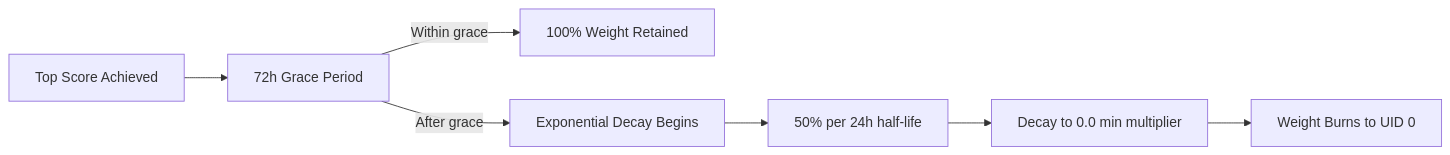
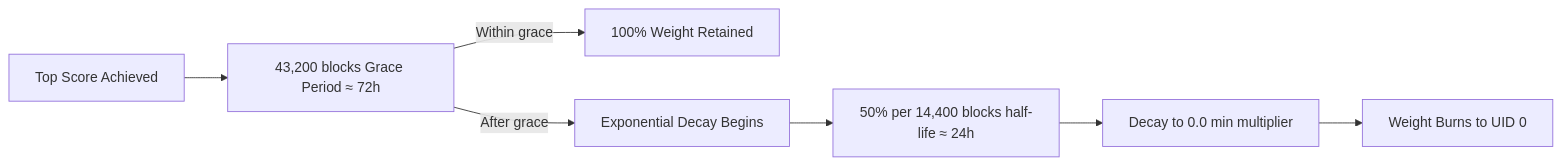
The fifth of 9 diagrams in README.md (PlatformNetwork/term-challenge-v2), drawn with Mermaid before and after one commit. The commit also changed other lines of this file and 12 other files, not shown here.

````diff
--- a/README.md
+++ b/README.md
@@ -115,9 +116,9 @@
 ```mermaid
 flowchart LR
-    Top[Top Score Achieved] --> Grace[72h Grace Period]
+    Top[Top Score Achieved] --> Grace[43,200 blocks Grace Period ≈ 72h]
     Grace -->|Within grace| Full[100% Weight Retained]
     Grace -->|After grace| Decay[Exponential Decay Begins]
-    Decay --> Half[50% per 24h half-life]
+    Decay --> Half[50% per 14,400 blocks half-life ≈ 24h]
     Half --> Min[Decay to 0.0 min multiplier]
     Min --> Burn[Weight Burns to UID 0]
 ```
````
